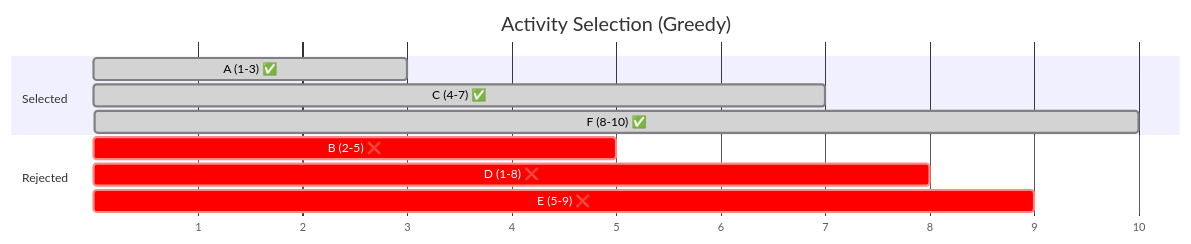
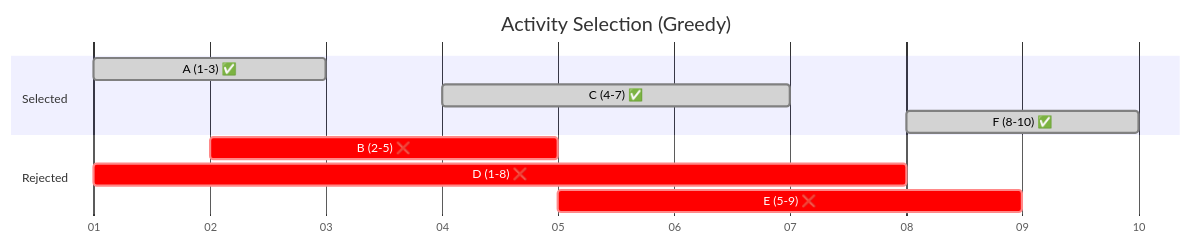
Before and after one commit to alex31n/software-engineering-notebook: the second of 3 diagrams in data-structures-and-algorithms/greedy-algorithm.md, drawn with Mermaid. The commit also changed other lines of this file and 2 other files, not shown here.

Commit message:
add binary tree documentation and update mermaid diagrams in BFS and greedy algorithm notes

````diff
--- a/data-structures-and-algorithms/greedy-algorithm.md
+++ b/data-structures-and-algorithms/greedy-algorithm.md
@@ -85,16 +85,16 @@
 ```mermaid
 gantt
     title Activity Selection (Greedy)
-    dateFormat X
-    axisFormat %s
+    dateFormat D
+    axisFormat %d
 
     section Selected
     A (1-3) ✅           :done, a, 1, 3
     C (4-7) ✅           :done, c, 4, 7
     F (8-10) ✅          :done, f, 8, 10
 
     section Rejected
     B (2-5) ❌           :crit, b, 2, 5
     D (1-8) ❌           :crit, d, 1, 8
     E (5-9) ❌           :crit, e, 5, 9
 ```
````
